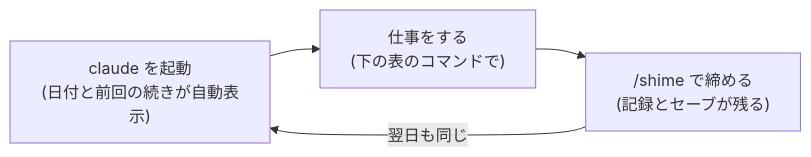
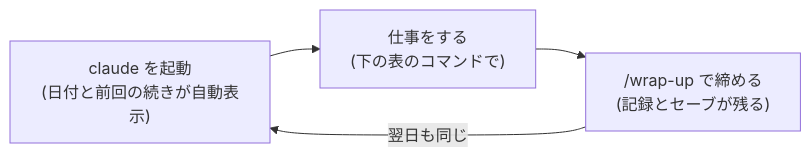
One commit to CobaltSato/fde-atlas changed the diagram in README.md. Above: the diagram before and after it, drawn with Mermaid. The commit also changed other lines of this file and 39 other files, not shown here.

````diff
--- a/README.md
+++ b/README.md
@@ -18,6 +18,6 @@
 ```mermaid
 flowchart LR
     A["claude を起動<br/>(日付と前回の続きが自動表示)"] --> B["仕事をする<br/>(下の表のコマンドで)"]
-    B --> C["/shime で締める<br/>(記録とセーブが残る)"]
+    B --> C["/wrap-up で締める<br/>(記録とセーブが残る)"]
     C -->|翌日も同じ| A
 ```
````
